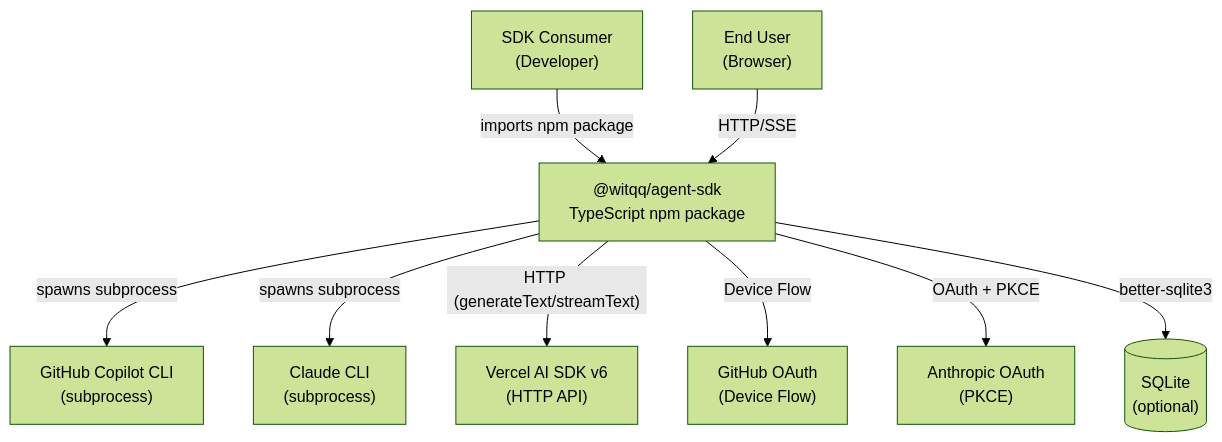
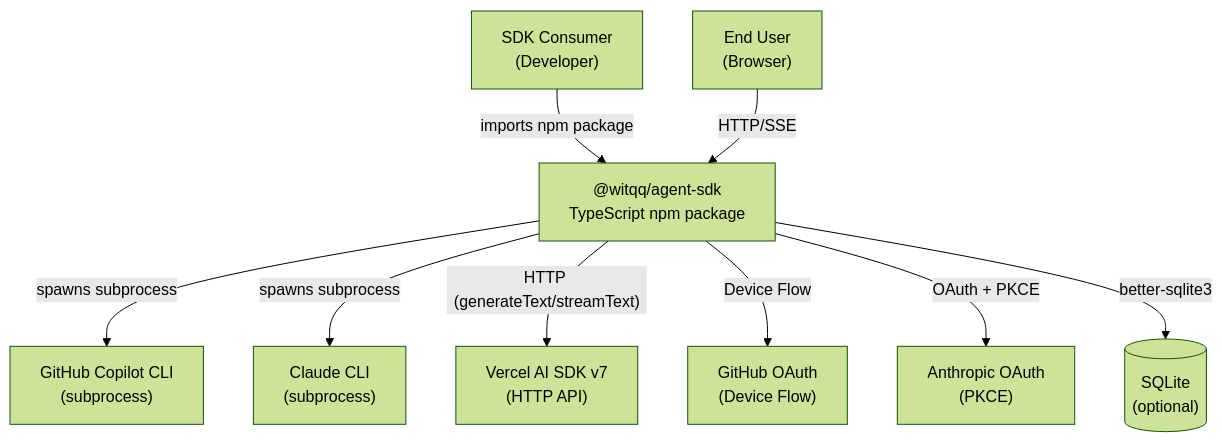
One commit to witqq/agent-sdk changed the diagram in packages/sdk/docs/architecture/context-diagram.md. Above: the diagram before and after it, drawn with Mermaid (forest theme). The commit also changed other lines of this file and 77 other files, not shown here.

````diff
--- a/packages/sdk/docs/architecture/context-diagram.md
+++ b/packages/sdk/docs/architecture/context-diagram.md
@@ -8,21 +8,21 @@
 ```mermaid
 graph TB
     Dev["SDK Consumer<br/>(Developer)"]
     Browser["End User<br/>(Browser)"]
     SDK["@witqq/agent-sdk<br/>TypeScript npm package"]
     CopilotCLI["GitHub Copilot CLI<br/>(subprocess)"]
     ClaudeCLI["Claude CLI<br/>(subprocess)"]
-    VercelAPI["Vercel AI SDK v6<br/>(HTTP API)"]
+    VercelAPI["Vercel AI SDK v7<br/>(HTTP API)"]
     GitHub["GitHub OAuth<br/>(Device Flow)"]
     Anthropic["Anthropic OAuth<br/>(PKCE)"]
     SQLiteDB[("SQLite<br/>(optional)")]
 
     Dev -->|"imports npm package"| SDK
     Browser -->|"HTTP/SSE"| SDK
     SDK -->|"spawns subprocess"| CopilotCLI
     SDK -->|"spawns subprocess"| ClaudeCLI
     SDK -->|"HTTP (generateText/streamText)"| VercelAPI
     SDK -->|"Device Flow"| GitHub
     SDK -->|"OAuth + PKCE"| Anthropic
     SDK -->|"better-sqlite3"| SQLiteDB
 ```
````
